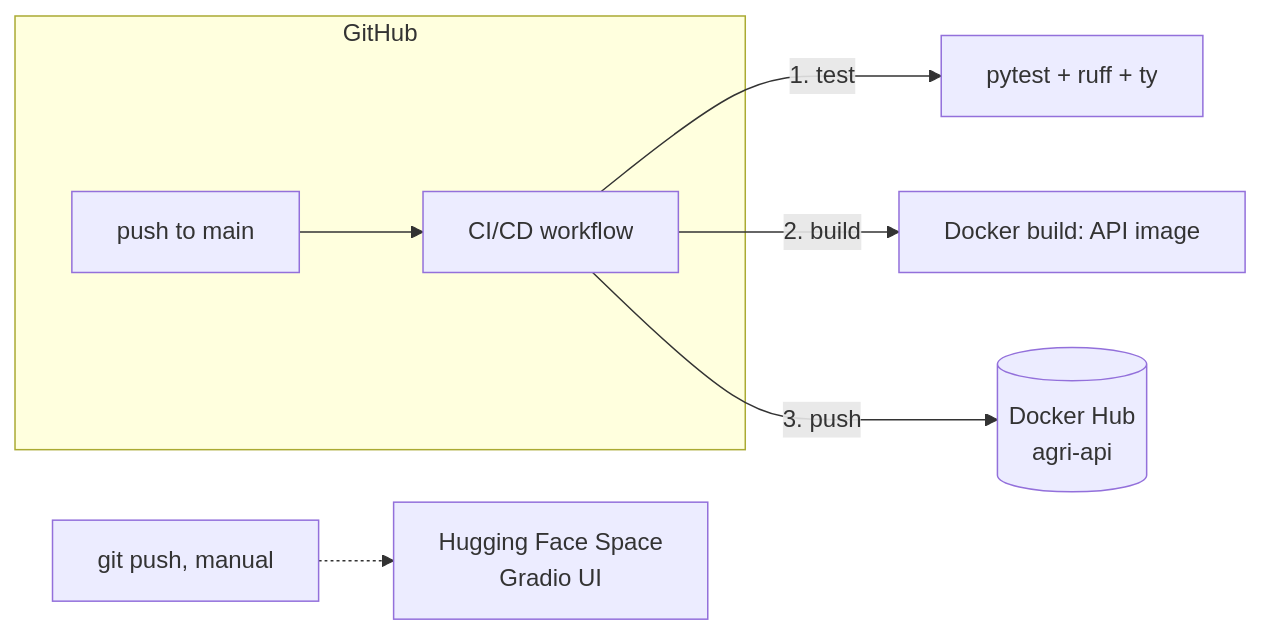
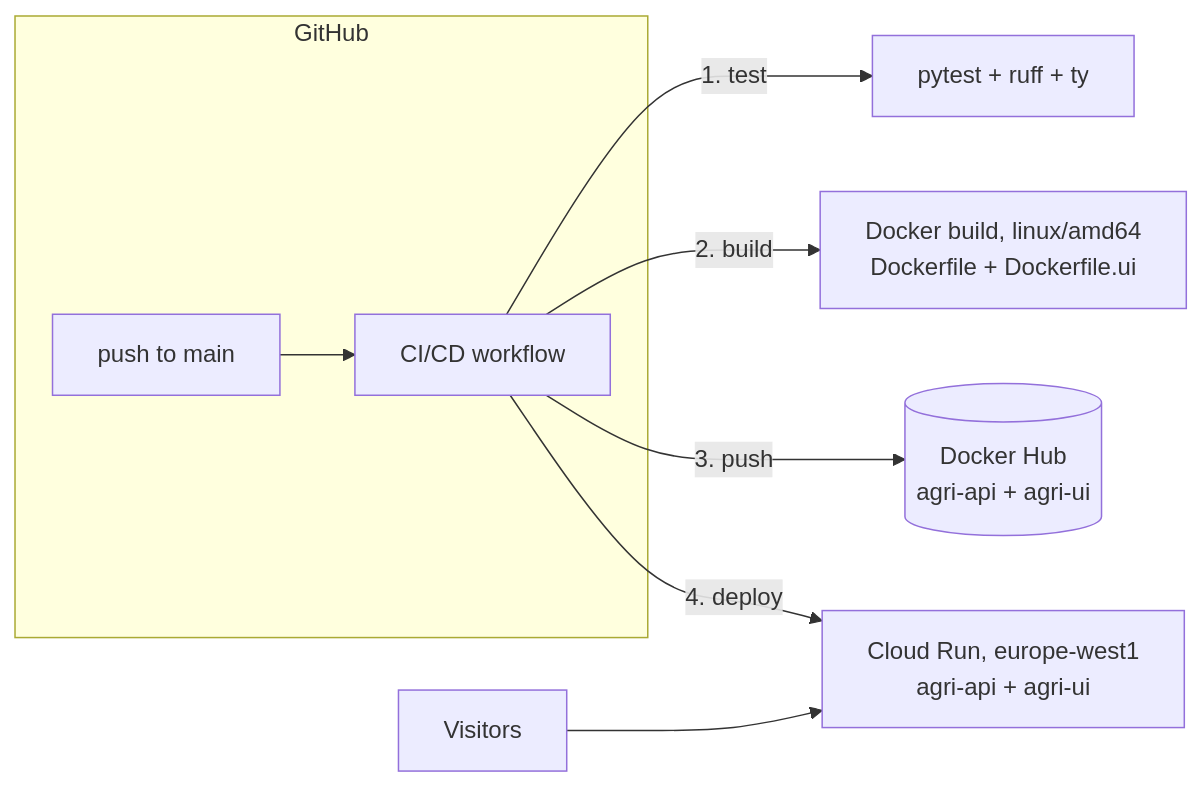
One commit to olivierbinder/agri changed the diagram in README.md. Above: the diagram before and after it, drawn with Mermaid. The commit also changed other lines of this file and 7 other files, not shown here.

First line of the commit message:
ci(deploy): deploy both images to Cloud Run by digest

````diff
--- a/README.md
+++ b/README.md
@@ -17,12 +18,13 @@
 ```mermaid
 flowchart LR
     subgraph GH[GitHub]
         push[push to main] --> ci[CI/CD workflow]
     end
 
     ci -->|1. test| tests[pytest + ruff + ty]
-    ci -->|2. build| build[Docker build: API image]
-    ci -->|3. push| hub[(Docker Hub<br/>agri-api)]
+    ci -->|2. build| build[Docker build, linux/amd64<br/>Dockerfile + Dockerfile.ui]
+    ci -->|3. push| hub[(Docker Hub<br/>agri-api + agri-ui)]
+    ci -->|4. deploy| run[Cloud Run, europe-west1<br/>agri-api + agri-ui]
 
-    dev[git push, manual] -.-> space[Hugging Face Space<br/>Gradio UI]
+    visitors[Visitors] --> run
 ```
````
